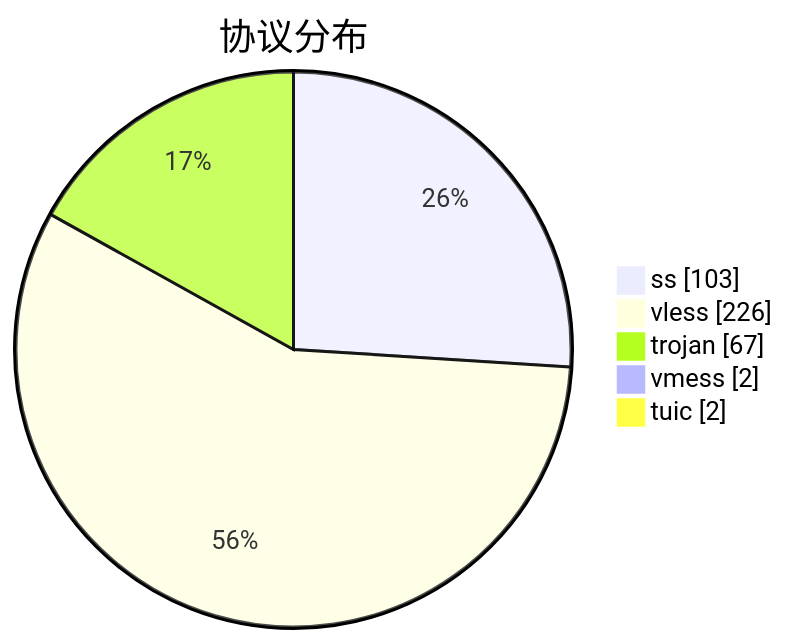
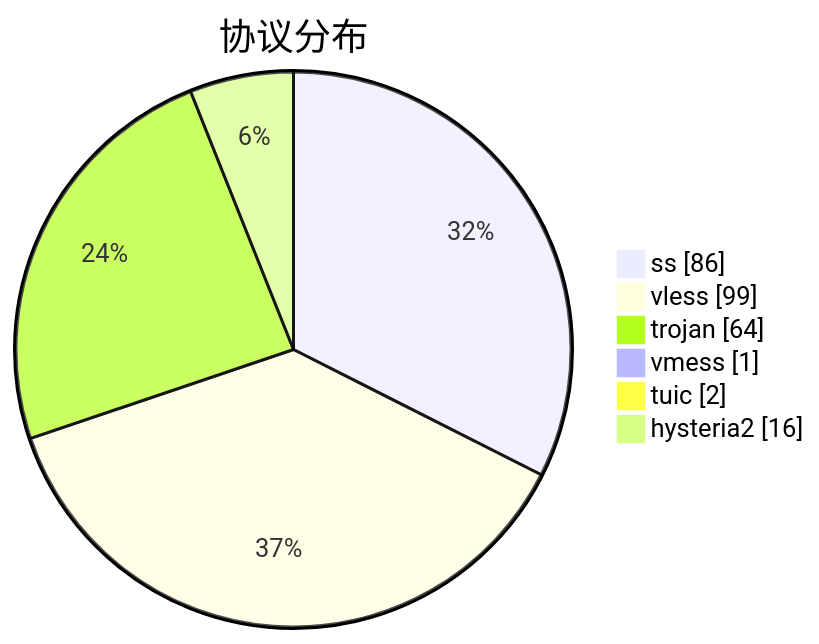
One commit to qjlxg/airport changed the third of 3 diagrams in subs/statistics/tested_within.md. Above: the diagram before and after it, drawn with Mermaid. The commit also changed other lines of this file and 2 other files, not shown here.

````diff
--- a/subs/statistics/tested_within.md
+++ b/subs/statistics/tested_within.md
@@ -31,9 +32,10 @@
 ```mermaid
 pie showData
 title 协议分布
-"ss" : 103
-"vless" : 226
-"trojan" : 67
-"vmess" : 2
+"ss" : 86
+"vless" : 99
+"trojan" : 64
+"vmess" : 1
 "tuic" : 2
+"hysteria2" : 16
 ```
````
